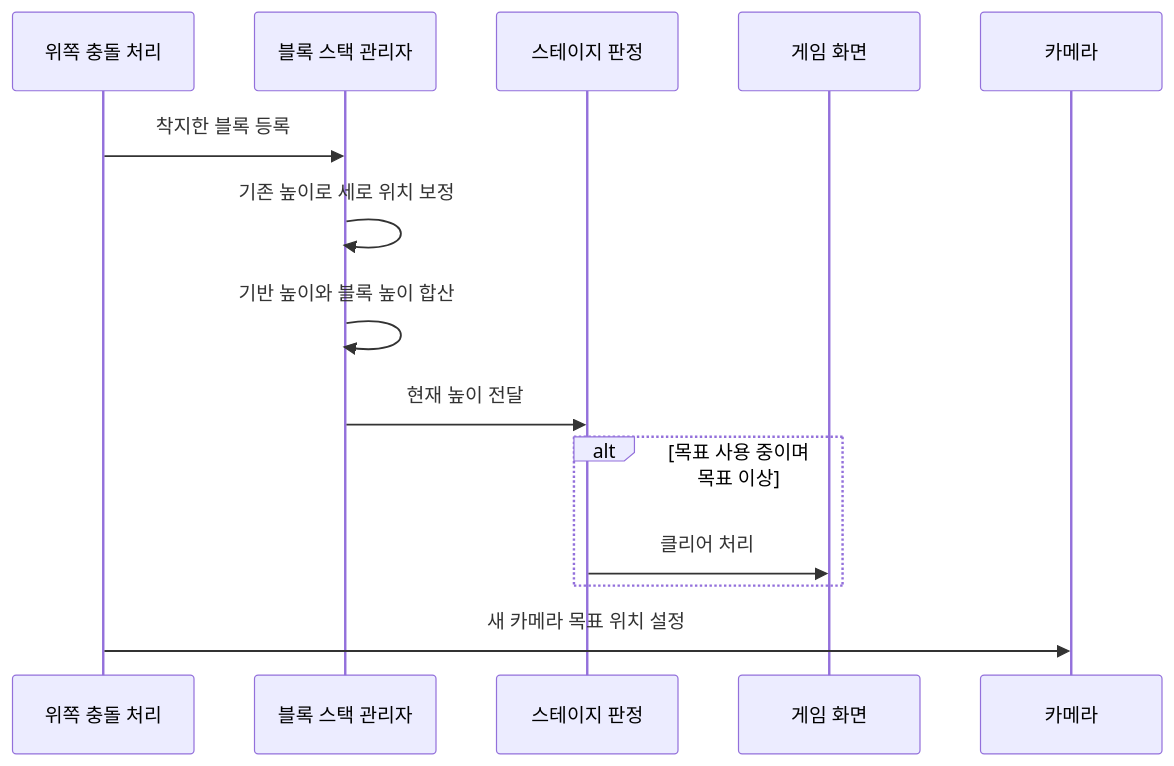
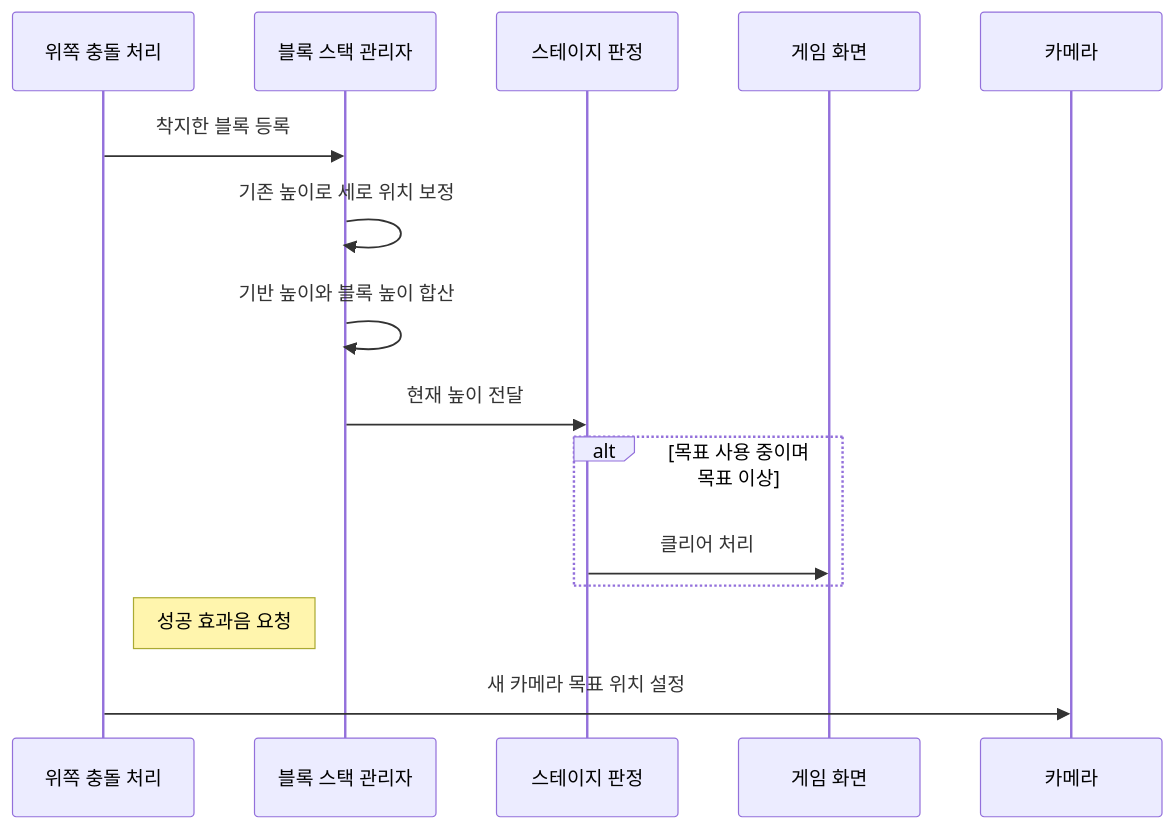
Before and after one commit to als79gur49/2024_3D_TeamProject-code-portfolio: the third of 3 diagrams in README.md, drawn with Mermaid. The commit also changed other lines of this file, not shown here.

Commit message:
docs: refine construction gameplay flow and source-backed conditions

````diff
--- a/README.md
+++ b/README.md
@@ -84,16 +67,17 @@
 ```mermaid
 sequenceDiagram
     participant T as 위쪽 충돌 처리
     participant M as 블록 스택 관리자
     participant S as 스테이지 판정
     participant U as 게임 화면
     participant C as 카메라
     T->>M: 착지한 블록 등록
     M->>M: 기존 높이로 세로 위치 보정
     M->>M: 기반 높이와 블록 높이 합산
     M->>S: 현재 높이 전달
     alt 목표 사용 중이며 목표 이상
         S->>U: 클리어 처리
     end
+    Note right of T: 성공 효과음 요청
     T->>C: 새 카메라 목표 위치 설정
 ```
````
